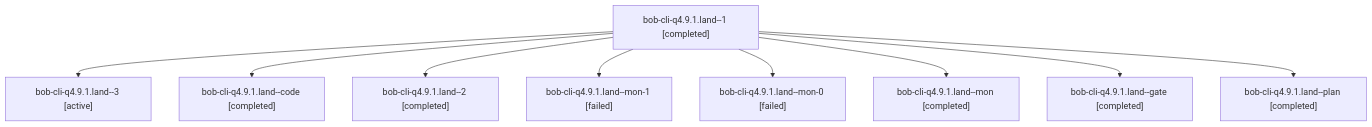
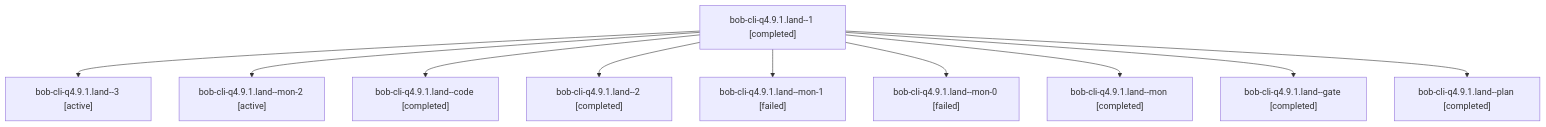
One commit to bobs-org/bob-cli--agents changed the diagram in sessions/bbugyi200.athena.bob-cli-q4.9.1.land.md. Above: the diagram before and after it, drawn with Mermaid. The commit also changed other lines of this file and 169 other files, not shown here.

````diff
--- a/sessions/bbugyi200.athena.bob-cli-q4.9.1.land.md
+++ b/sessions/bbugyi200.athena.bob-cli-q4.9.1.land.md
@@ -9,20 +9,22 @@
 ```mermaid
 flowchart TD
   n0["bob-cli-q4.9.1.land--1 [completed]"]
   n1["bob-cli-q4.9.1.land--3 [active]"]
   n0 --> n1
-  n2["bob-cli-q4.9.1.land--code [completed]"]
+  n2["bob-cli-q4.9.1.land--mon-2 [active]"]
   n0 --> n2
-  n3["bob-cli-q4.9.1.land--2 [completed]"]
+  n3["bob-cli-q4.9.1.land--code [completed]"]
   n0 --> n3
-  n4["bob-cli-q4.9.1.land--mon-1 [failed]"]
+  n4["bob-cli-q4.9.1.land--2 [completed]"]
   n0 --> n4
-  n5["bob-cli-q4.9.1.land--mon-0 [failed]"]
+  n5["bob-cli-q4.9.1.land--mon-1 [failed]"]
   n0 --> n5
-  n6["bob-cli-q4.9.1.land--mon [completed]"]
+  n6["bob-cli-q4.9.1.land--mon-0 [failed]"]
   n0 --> n6
-  n7["bob-cli-q4.9.1.land--gate [completed]"]
+  n7["bob-cli-q4.9.1.land--mon [completed]"]
   n0 --> n7
-  n8["bob-cli-q4.9.1.land--plan [completed]"]
+  n8["bob-cli-q4.9.1.land--gate [completed]"]
   n0 --> n8
+  n9["bob-cli-q4.9.1.land--plan [completed]"]
+  n0 --> n9
 ```
````
